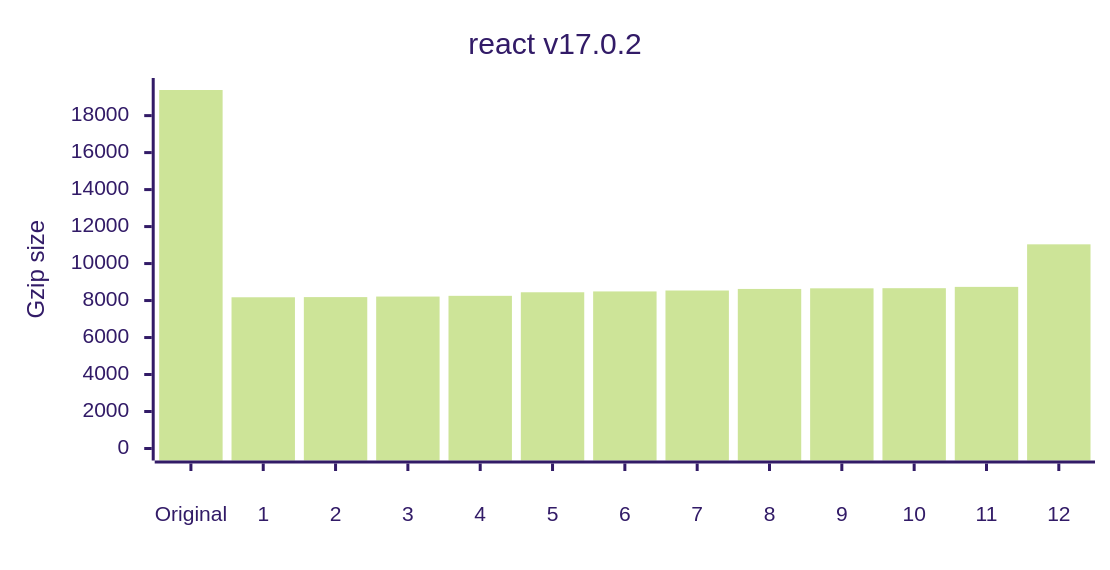
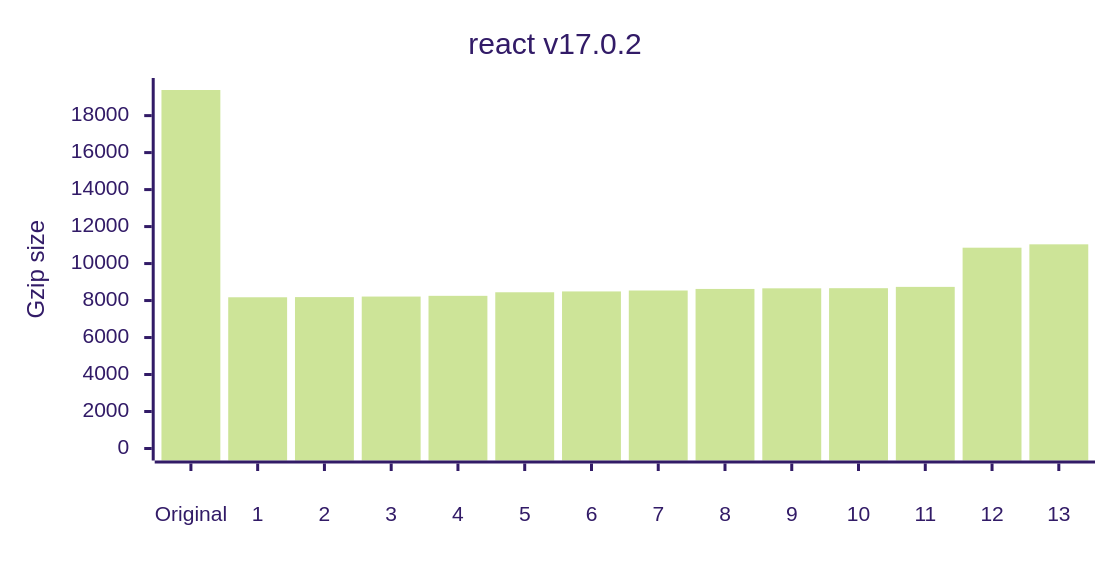
One commit to privatenumber/minification-benchmarks changed the first of 12 diagrams in README.md. Above: the diagram before and after it, drawn with Mermaid (forest theme). The commit also changed other lines of this file and 1 other file, not shown here.

````diff
--- a/README.md
+++ b/README.md
@@ -77,17 +78,17 @@
 ```mermaid
 ---
 config:
     xyChart:
         width: 720
         height: 360
         xAxis:
             labelPadding: 20
         yAxis:
             labelPadding: 10
 ---
 xychart-beta
 	title "react v17.0.2"
-	x-axis ["Original",1,2,3,4,5,6,7,8,9,10,11,12]
+	x-axis ["Original",1,2,3,4,5,6,7,8,9,10,11,12,13]
 	y-axis "Gzip size" 0 --> 19385
-	bar [19385,8177,8186,8216,8255,8448,8493,8543,8628,8661,8668,8739,11040]
+	bar [19385,8177,8186,8216,8255,8448,8493,8543,8628,8661,8668,8739,10858,11040]
 ```
````
